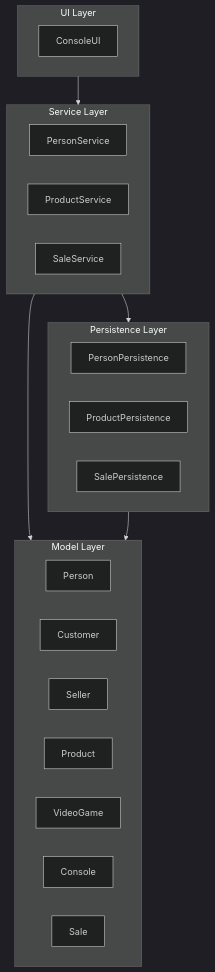
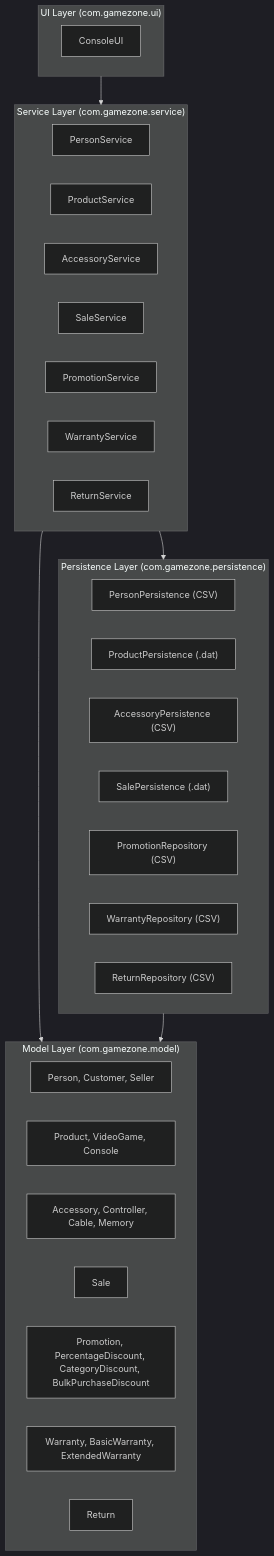
One commit to EsrauAnonimo/GameZoneUnicesar changed the diagram in docs/layers-diagram.md. Above: the diagram before and after it, drawn with Mermaid (dark theme). The commit also changed other lines of this file and 4 other files, not shown here.

Commit message:
docs: add integration analysis, integrated class diagram and update README for A8

````diff
--- a/docs/layers-diagram.md
+++ b/docs/layers-diagram.md
@@ -3,33 +3,41 @@
 ```mermaid
 flowchart TD
-    subgraph UI["UI Layer"]
+    subgraph UI["UI Layer (com.gamezone.ui)"]
         ConsoleUI
     end
 
-    subgraph Service["Service Layer"]
+    subgraph Service["Service Layer (com.gamezone.service)"]
         PersonService
         ProductService
+        AccessoryService
         SaleService
+        PromotionService
+        WarrantyService
+        ReturnService
     end
 
-    subgraph Persistence["Persistence Layer"]
-        PersonPersistence
-        ProductPersistence
-        SalePersistence
+    subgraph Persistence["Persistence Layer (com.gamezone.persistence)"]
+        PersonPersistence["PersonPersistence (CSV)"]
+        ProductPersistence["ProductPersistence (.dat)"]
+        AccessoryPersistence["AccessoryPersistence (CSV)"]
+        SalePersistence["SalePersistence (.dat)"]
+        PromotionRepository["PromotionRepository (CSV)"]
+        WarrantyRepository["WarrantyRepository (CSV)"]
+        ReturnRepository["ReturnRepository (CSV)"]
     end
 
-    subgraph Model["Model Layer"]
-        Person
-        Customer
-        Seller
-        Product
-        VideoGame
-        Console
-        Sale
+    subgraph Model["Model Layer (com.gamezone.model)"]
+        PersonModel["Person, Customer, Seller"]
+        ProductModel["Product, VideoGame, Console"]
+        AccessoryModel["Accessory, Controller, Cable, Memory"]
+        SaleModel["Sale"]
+        PromotionModel["Promotion, PercentageDiscount, CategoryDiscount, BulkPurchaseDiscount"]
+        WarrantyModel["Warranty, BasicWarranty, ExtendedWarranty"]
+        ReturnModel["Return"]
     end
 
     UI --> Service
     Service --> Persistence
     Service --> Model
     Persistence --> Model
 ```
````
